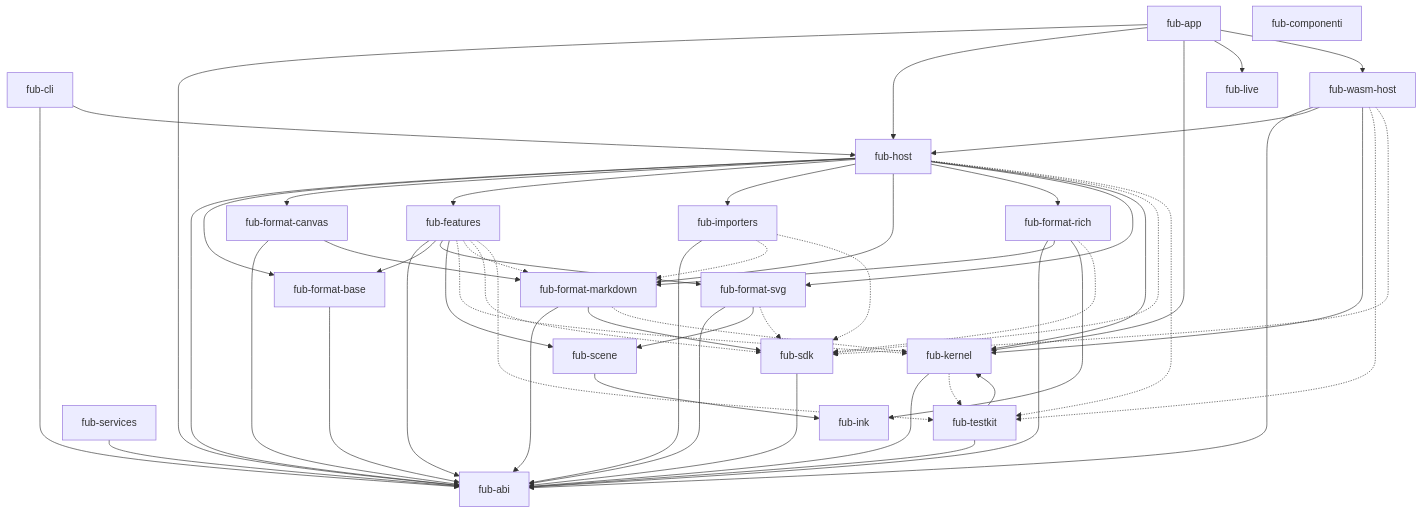
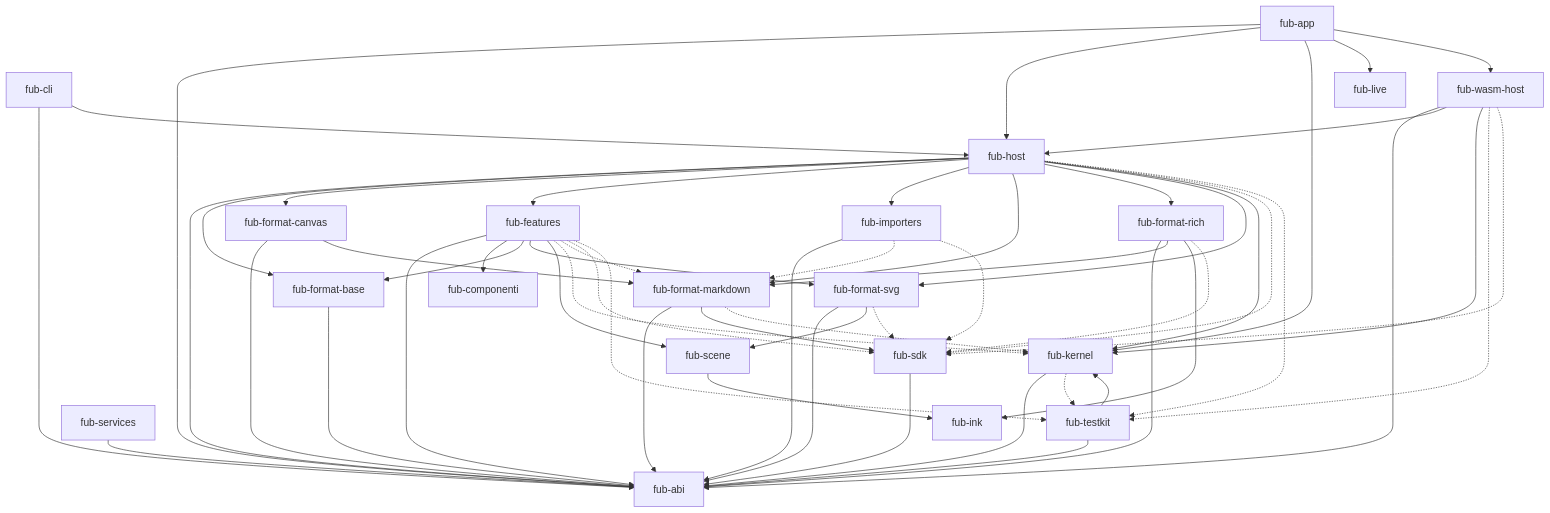
Before and after one commit to Fubeo/Fub: the first of 4 diagrams in docs/architecture/overview.md, drawn with Mermaid. The commit also changed other lines of this file and 12 other files, not shown here.

```diff
--- a/docs/architecture/overview.md
+++ b/docs/architecture/overview.md
@@ -77,6 +77,7 @@
     rich --> ink
     importers --> abi
     features --> abi
+    features --> componenti
     features --> base
     features --> svg
     features --> scene
```
